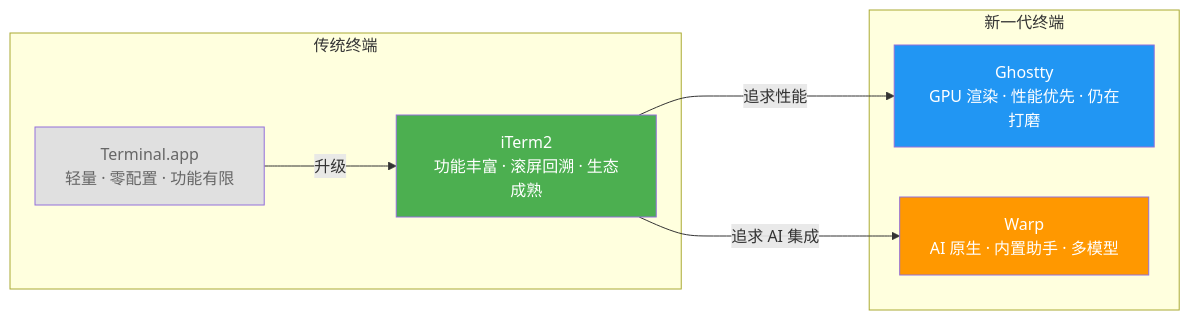
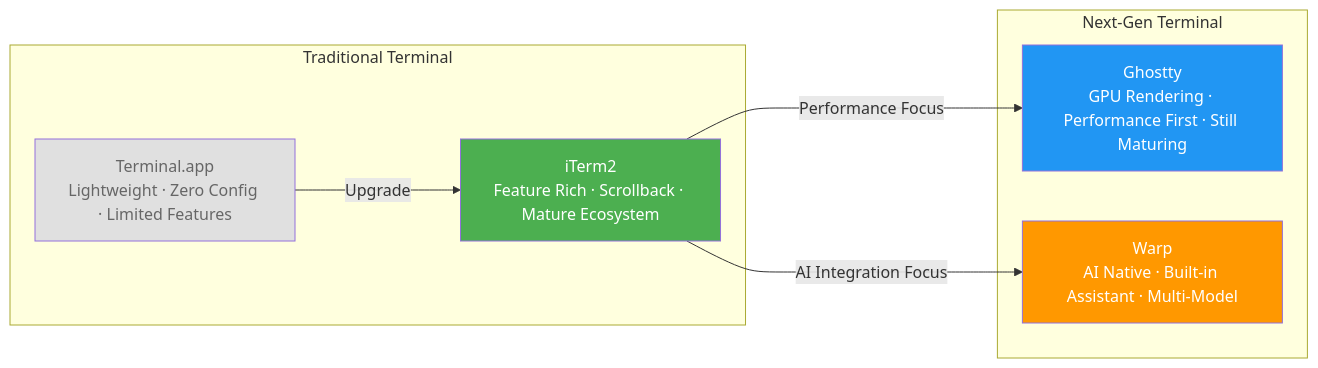
One commit to woodywang/woodywang.github.io changed the diagram in _posts/2026-04-06-macos-terminal-for-ai-coding-agents-en.md. Above: the diagram before and after it, drawn with Mermaid. The commit also changed 5 other files, not shown here.

First line of the commit message:
fix: translate Chinese text in mermaid diagrams across all English posts

````diff
--- a/_posts/2026-04-06-macos-terminal-for-ai-coding-agents-en.md
+++ b/_posts/2026-04-06-macos-terminal-for-ai-coding-agents-en.md
@@ -22,18 +22,18 @@
 ```mermaid
 graph LR
-    subgraph 传统终端
-        A["Terminal.app<br/>轻量 · 零配置 · 功能有限"]
-        B["iTerm2<br/>功能丰富 · 滚屏回溯 · 生态成熟"]
+    subgraph Traditional Terminal
+        A["Terminal.app<br/>Lightweight · Zero Config · Limited Features"]
+        B["iTerm2<br/>Feature Rich · Scrollback · Mature Ecosystem"]
     end
-    subgraph 新一代终端
-        C["Ghostty<br/>GPU 渲染 · 性能优先 · 仍在打磨"]
-        D["Warp<br/>AI 原生 · 内置助手 · 多模型"]
+    subgraph Next-Gen Terminal
+        C["Ghostty<br/>GPU Rendering · Performance First · Still Maturing"]
+        D["Warp<br/>AI Native · Built-in Assistant · Multi-Model"]
     end
-    A --->|"升级"| B
-    B --->|"追求性能"| C
-    B --->|"追求 AI 集成"| D
+    A --->|"Upgrade"| B
+    B --->|"Performance Focus"| C
+    B --->|"AI Integration Focus"| D
     style A fill:#e0e0e0,color:#666
     style B fill:#4CAF50,color:#fff
     style C fill:#2196F3,color:#fff
     style D fill:#FF9800,color:#fff
 ```
````
